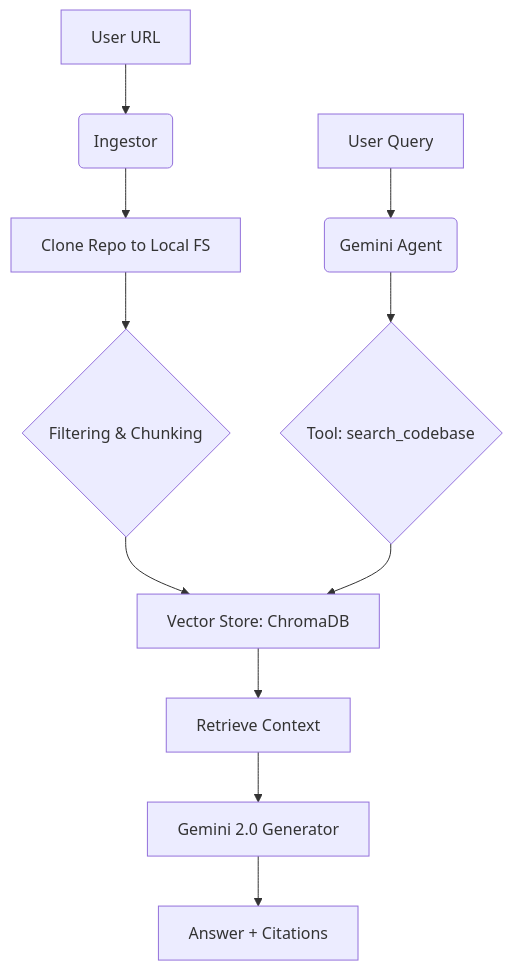
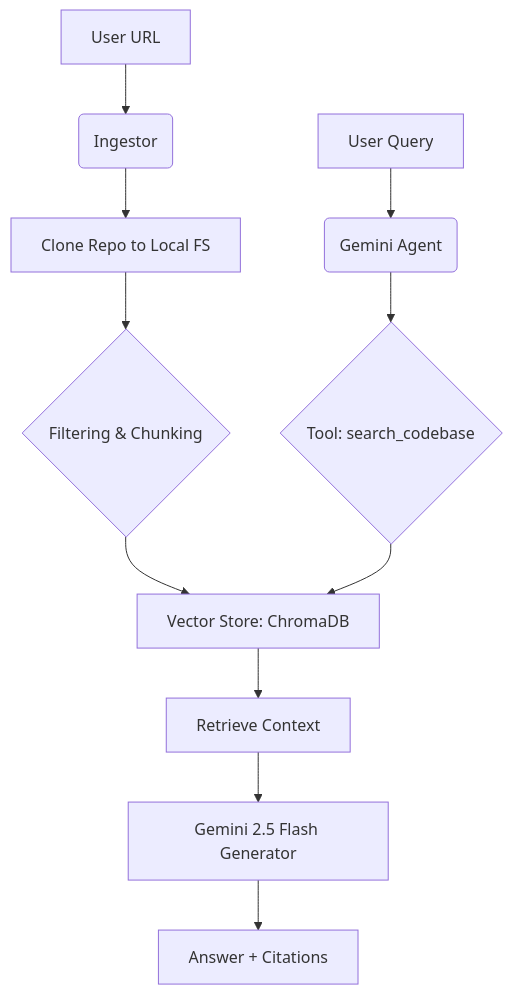
The diagram in README.md (PrinceJoshi312/Codebase-Q-A-Assistant), drawn with Mermaid before and after one commit. The commit also changed other lines of this file and 6699 other files, not shown here.

````diff
--- a/README.md
+++ b/README.md
@@ -9,13 +9,13 @@
 ```mermaid
 graph TD
     A[User URL] --> B(Ingestor)
     B --> C[Clone Repo to Local FS]
     C --> D{Filtering & Chunking}
     D --> E[Vector Store: ChromaDB]
     F[User Query] --> G(Gemini Agent)
     G --> H{Tool: search_codebase}
     H --> E
     E --> I[Retrieve Context]
-    I --> J[Gemini 2.0 Generator]
+    I --> J[Gemini 2.5 Flash Generator]
     J --> K[Answer + Citations]
 ```
````
